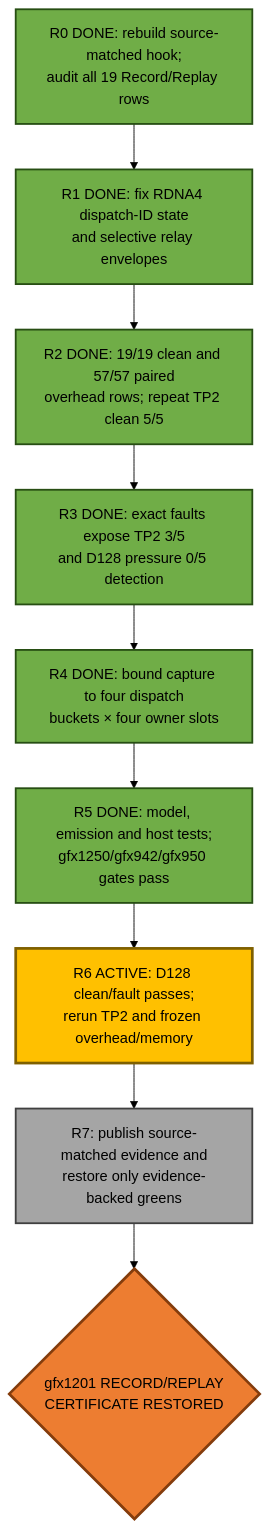
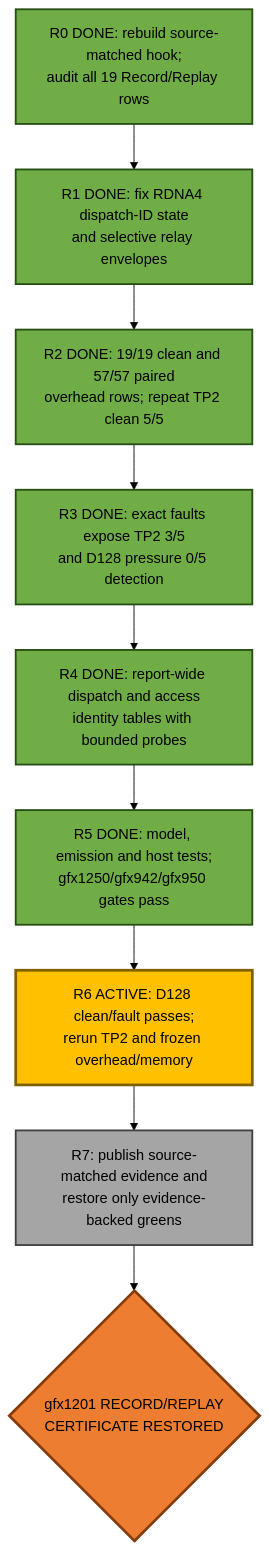
Before and after one commit to ROCm/rocm-systems: the third of 7 diagrams in emulation/rocjitsu/docs/consan/FUTURE_WORK.md, drawn with Mermaid (forest theme). The commit also changed other lines of this file and 22 other files, not shown here.

Commit message:
fix(consan): scale record replay capture by dispatch

````diff
--- a/emulation/rocjitsu/docs/consan/FUTURE_WORK.md
+++ b/emulation/rocjitsu/docs/consan/FUTURE_WORK.md
@@ -73,19 +73,19 @@
 ```mermaid
 flowchart TB
   R0["R0 DONE: rebuild source-matched hook;<br/>audit all 19 Record/Replay rows"]:::done
   R1["R1 DONE: fix RDNA4 dispatch-ID state<br/>and selective relay envelopes"]:::done
   R2["R2 DONE: 19/19 clean and 57/57 paired<br/>overhead rows; repeat TP2 clean 5/5"]:::done
   R3["R3 DONE: exact faults expose TP2 3/5<br/>and D128 pressure 0/5 detection"]:::done
-  R4["R4 DONE: bound capture to four dispatch<br/>buckets × four owner slots"]:::done
+  R4["R4 DONE: report-wide dispatch and access<br/>identity tables with bounded probes"]:::done
   R5["R5 DONE: model, emission and host tests;<br/>gfx1250/gfx942/gfx950 gates pass"]:::done
   R6["R6 ACTIVE: D128 clean/fault passes;<br/>rerun TP2 and frozen overhead/memory"]:::active
   R7["R7: publish source-matched evidence and<br/>restore only evidence-backed greens"]:::todo
   RG{"gfx1201 RECORD/REPLAY<br/>CERTIFICATE RESTORED"}:::target
 
   R0 --> R1 --> R2 --> R3 --> R4 --> R5 --> R6 --> R7 --> RG
 
   classDef done fill:#70ad47,stroke:#274e13,stroke-width:2px,color:#000;
   classDef active fill:#ffc000,stroke:#7f6000,stroke-width:3px,color:#000;
   classDef todo fill:#a5a5a5,stroke:#404040,stroke-width:2px,color:#000;
   classDef target fill:#ed7d31,stroke:#843c0c,stroke-width:3px,color:#000;
 ```
````
